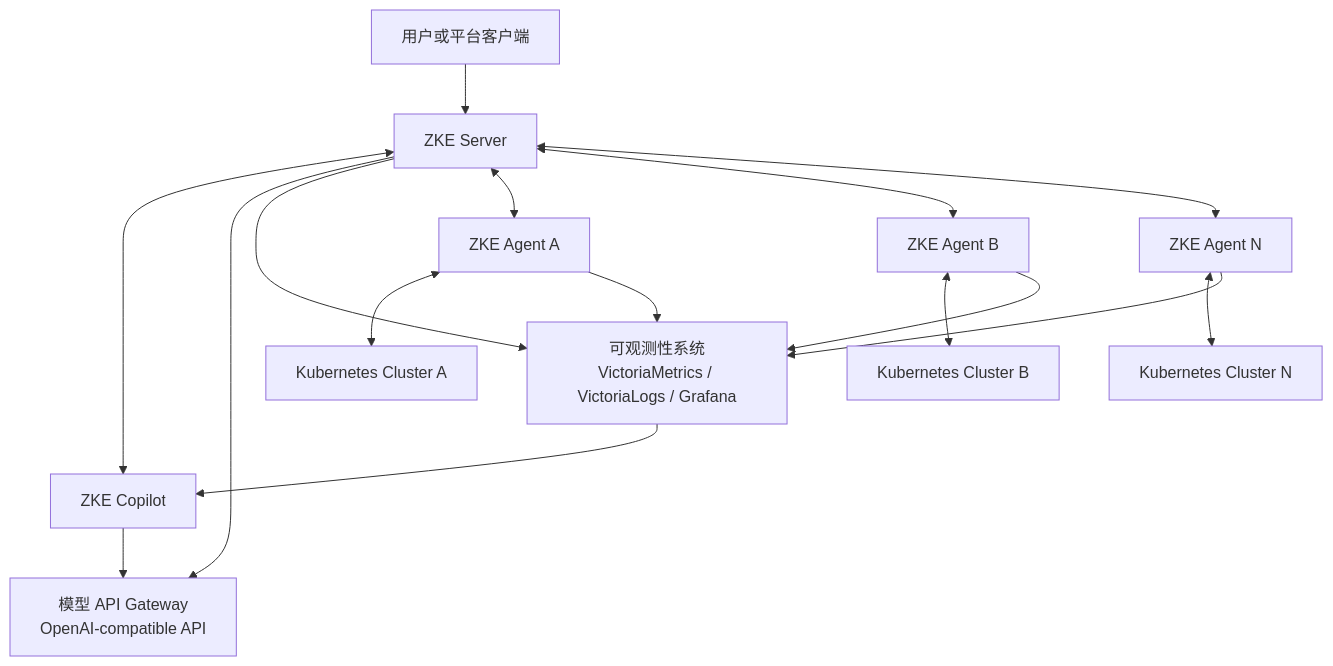
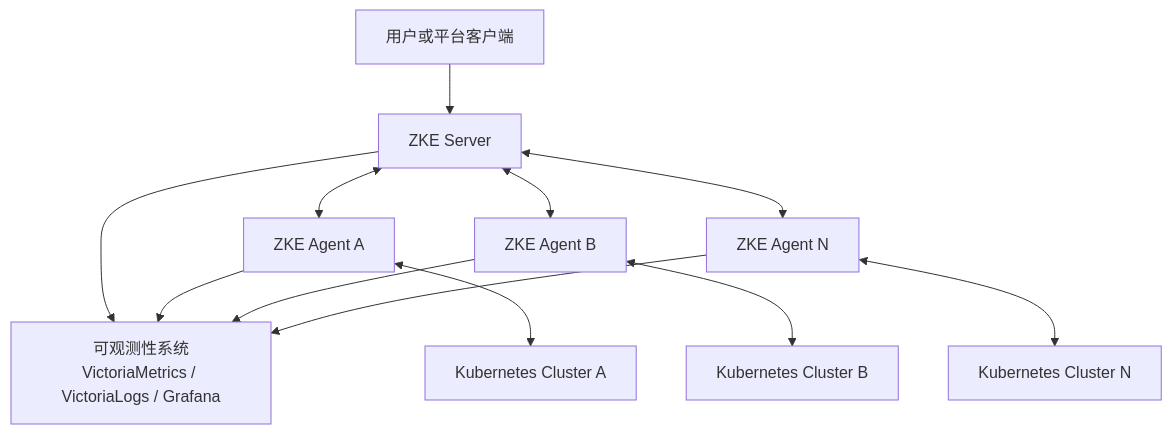
One commit to togettoyou/zke changed the diagram in docs/architecture/overview.md. Above: the diagram before and after it, drawn with Mermaid. The commit also changed other lines of this file and 14 other files, not shown here.

````diff
--- a/docs/architecture/overview.md
+++ b/docs/architecture/overview.md
@@ -12,22 +12,18 @@
 ```mermaid
 flowchart TB
     Client["用户或平台客户端"] --> Server["ZKE Server"]
 
-    Server <--> Copilot["ZKE Copilot"]
-    Server --> Gateway["模型 API Gateway<br/>OpenAI-compatible API"]
-    Copilot --> Gateway
     Server --> Observability["可观测性系统<br/>VictoriaMetrics / VictoriaLogs / Grafana"]
 
     Server <--> AgentA["ZKE Agent A"]
     Server <--> AgentB["ZKE Agent B"]
     Server <--> AgentN["ZKE Agent N"]
 
     AgentA <--> ClusterA["Kubernetes Cluster A"]
     AgentB <--> ClusterB["Kubernetes Cluster B"]
     AgentN <--> ClusterN["Kubernetes Cluster N"]
 
     AgentA --> Observability
     AgentB --> Observability
     AgentN --> Observability
-    Observability --> Copilot
 ```
````
